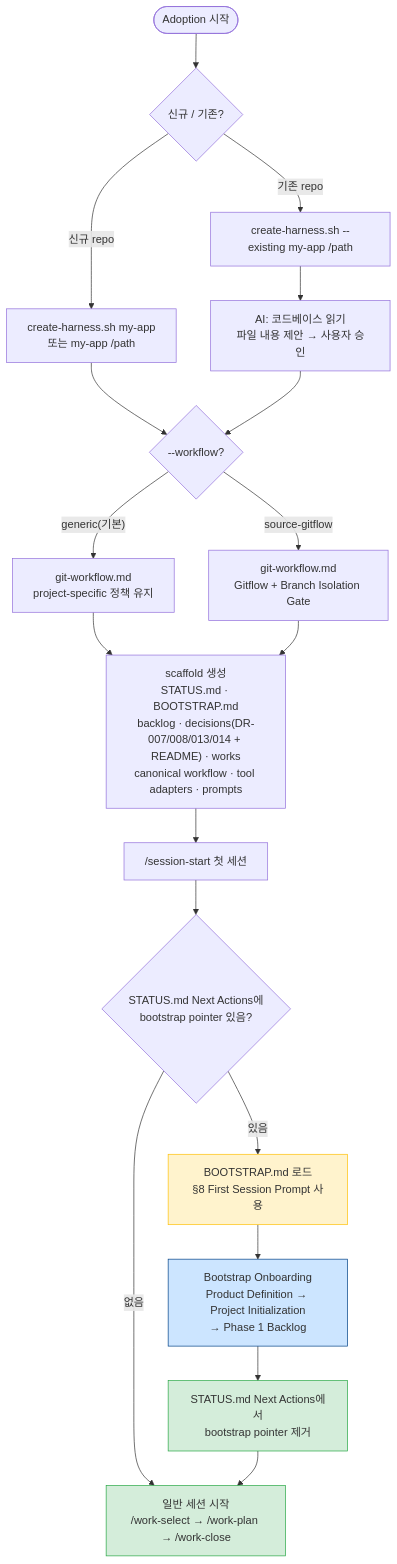
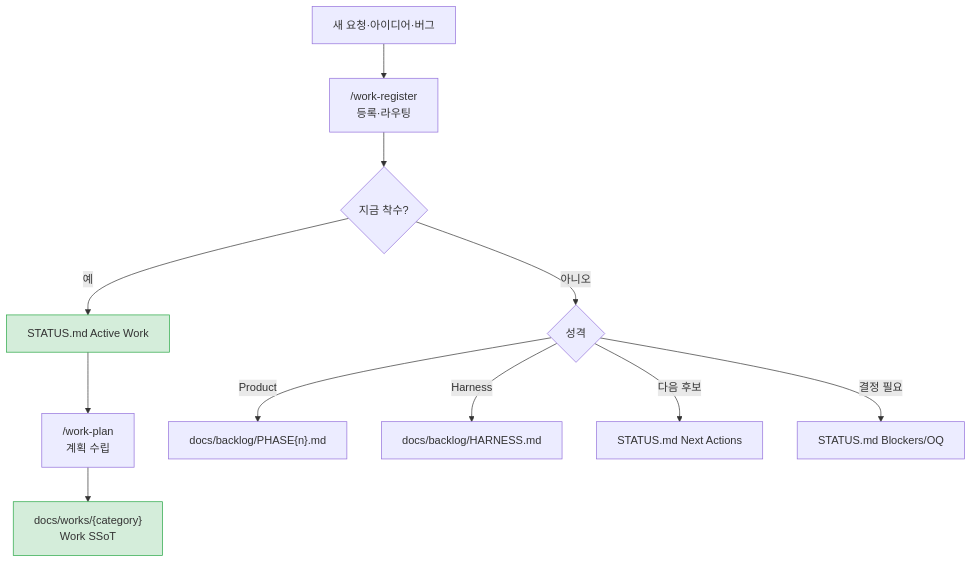
One commit to kyungseo/ai-workflow-harness changed the fourth of 4 diagrams in README.md. Above: the diagram before and after it, drawn with Mermaid. The commit also changed other lines of this file and 7 other files, not shown here.

````diff
--- a/README.md
+++ b/README.md
@@ -535,36 +347,16 @@
 ```mermaid
 flowchart TD
-    A(["Adoption 시작"]) --> B{"신규 / 기존?"}
+    NEW["새 요청·아이디어·버그"] --> REGISTER["/work-register\n등록·라우팅"]
+    REGISTER --> NOW{"지금 착수?"}
+    NOW -- "예" --> ACTIVE["STATUS.md Active Work"]
+    ACTIVE --> PLAN["/work-plan\n계획 수립"]
+    PLAN --> WORK["docs/works/{category}\nWork SSoT"]
+    NOW -- "아니오" --> TYPE{"성격"}
+    TYPE -- "Product" --> PHASE["docs/backlog/PHASE{n}.md"]
+    TYPE -- "Harness" --> HARNESS["docs/backlog/HARNESS.md"]
+    TYPE -- "다음 후보" --> NEXT["STATUS.md Next Actions"]
+    TYPE -- "결정 필요" --> OQ["STATUS.md Blockers/OQ"]
 
-    B -- "신규 repo" --> C["create-harness.sh my-app\n또는 my-app /path"]
-    B -- "기존 repo" --> D["create-harness.sh --existing my-app /path"]
-
-    D --> F["AI: 코드베이스 읽기\n파일 내용 제안 → 사용자 승인"]
-
-    C --> WF{"--workflow?"}
-    F --> WF
-
-    WF -- "generic(기본)" --> GW1["git-workflow.md\nproject-specific 정책 유지"]
-    WF -- "source-gitflow" --> GW2["git-workflow.md\nGitflow + Branch Isolation Gate"]
-
-    GW1 --> E["scaffold 생성\nSTATUS.md · BOOTSTRAP.md\nbacklog · decisions(DR-007/008/013/014 + README) · works\ncanonical workflow · tool adapters · prompts"]
-    GW2 --> E
-
-    E --> G["/session-start 첫 세션"]
-
-    G --> H{"STATUS.md Next Actions에\nbootstrap pointer 있음?"}
-
-    H -- "없음" --> I["일반 세션 시작\n/work-select → /work-plan → /work-close"]
-    H -- "있음" --> J["BOOTSTRAP.md 로드\n§8 First Session Prompt 사용"]
-
-    J --> K["Bootstrap Onboarding\nProduct Definition → Project Initialization\n→ Phase 1 Backlog"]
-
-    K --> L["STATUS.md Next Actions에서\nbootstrap pointer 제거"]
-
-    L --> I
-
-    style J fill:#fff3cd,stroke:#ffc107
-    style K fill:#cce5ff,stroke:#004085
-    style L fill:#d4edda,stroke:#28a745
-    style I fill:#d4edda,stroke:#28a745
+    style ACTIVE fill:#d4edda,stroke:#28a745
+    style WORK fill:#d4edda,stroke:#28a745
 ```
````
